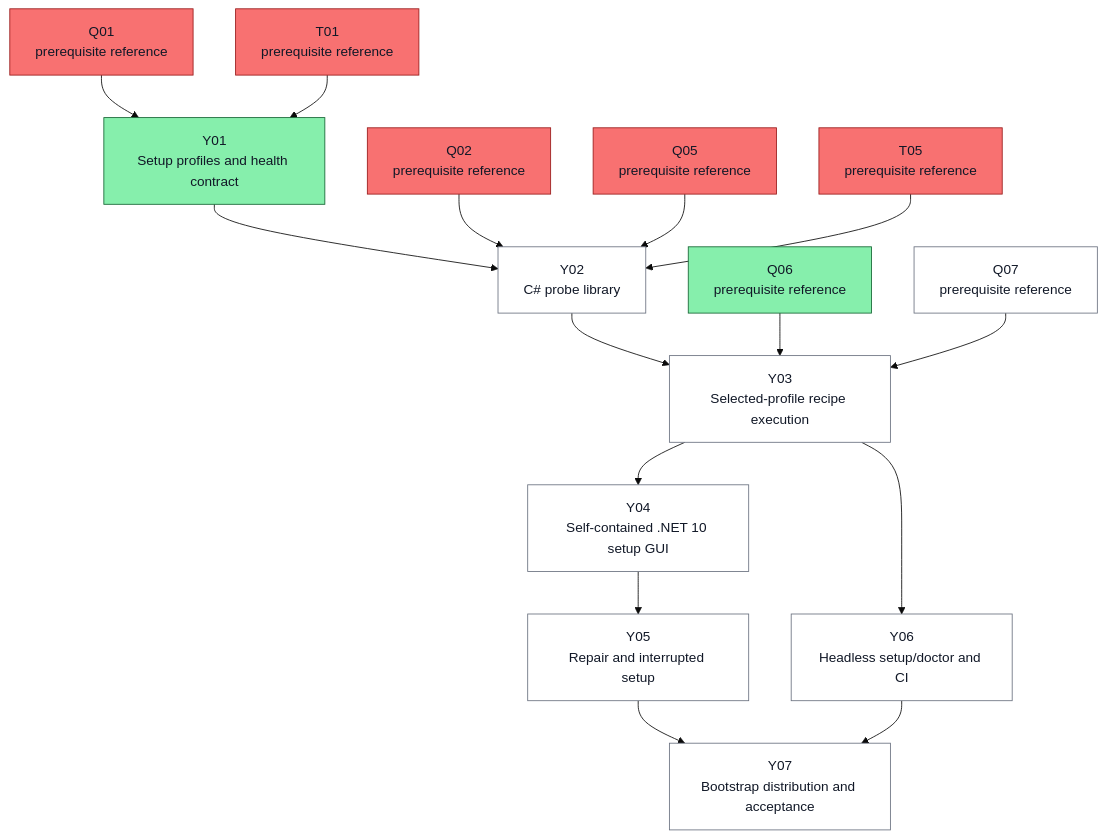
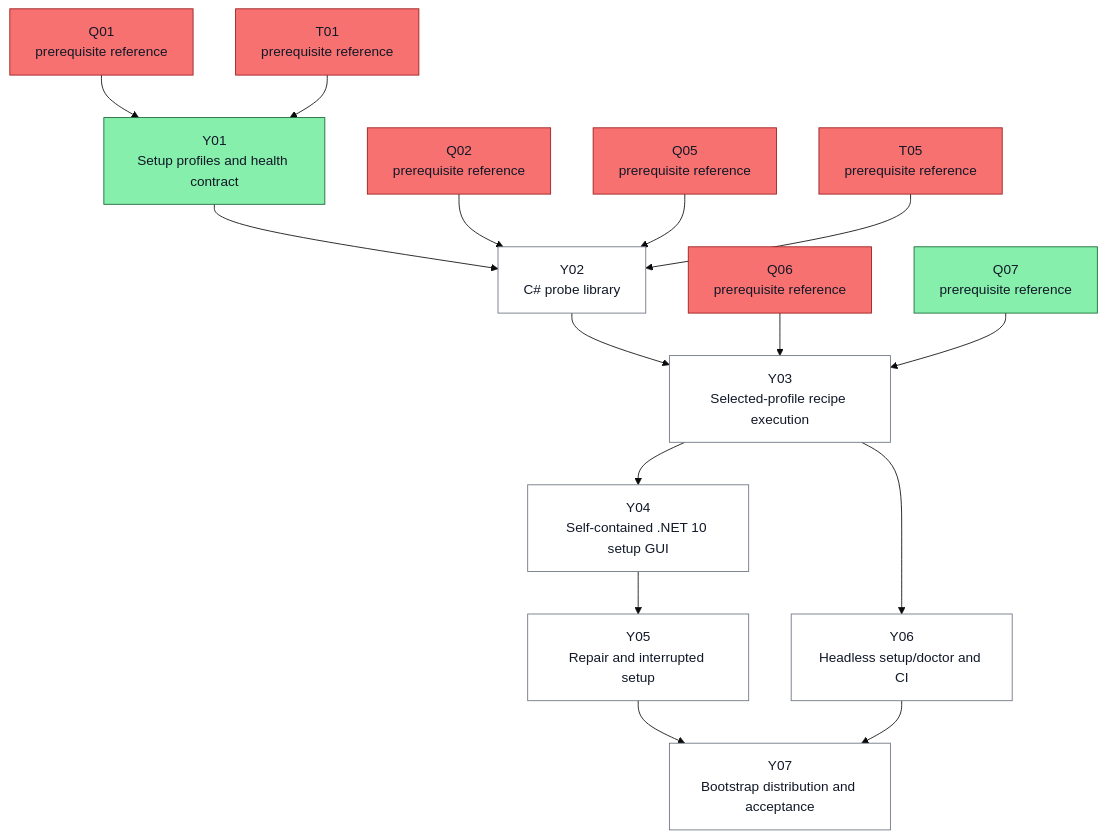
Before and after one commit to ocarizr/spaceraiders: diagram 25 of 25 in docs/task-dependencies.md, drawn with Mermaid (base theme). The commit also changed other lines of this file and 9 other files, not shown here.

````diff
--- a/docs/task-dependencies.md
+++ b/docs/task-dependencies.md
@@ -1298,34 +1299,34 @@
 ```mermaid
 flowchart TD
     ref_Y_Q01["Q01<br/>prerequisite reference"]:::done
     ref_Y_Q02["Q02<br/>prerequisite reference"]:::done
     ref_Y_Q05["Q05<br/>prerequisite reference"]:::done
-    ref_Y_Q06["Q06<br/>prerequisite reference"]:::ready
-    ref_Y_Q07["Q07<br/>prerequisite reference"]:::pending
+    ref_Y_Q06["Q06<br/>prerequisite reference"]:::done
+    ref_Y_Q07["Q07<br/>prerequisite reference"]:::ready
     ref_Y_T01["T01<br/>prerequisite reference"]:::done
     ref_Y_T05["T05<br/>prerequisite reference"]:::done
     Y01["Y01<br/>Setup profiles and health contract"]:::ready
     Y02["Y02<br/>C# probe library"]:::pending
     Y03["Y03<br/>Selected-profile recipe execution"]:::pending
     Y04["Y04<br/>Self-contained .NET 10 setup GUI"]:::pending
     Y05["Y05<br/>Repair and interrupted setup"]:::pending
     Y06["Y06<br/>Headless setup/doctor and CI"]:::pending
     Y07["Y07<br/>Bootstrap distribution and acceptance"]:::pending
     ref_Y_Q01 --> Y01
     ref_Y_T01 --> Y01
     Y01 --> Y02
     ref_Y_Q02 --> Y02
     ref_Y_Q05 --> Y02
     ref_Y_T05 --> Y02
     Y02 --> Y03
     ref_Y_Q06 --> Y03
     ref_Y_Q07 --> Y03
     Y03 --> Y04
     Y04 --> Y05
     Y03 --> Y06
     Y05 --> Y07
     Y06 --> Y07
     classDef pending fill:#ffffff,stroke:#6b7280,color:#111827
     classDef ready fill:#86efac,stroke:#166534,color:#111827
     classDef done fill:#f87171,stroke:#991b1b,color:#111827
 ```
````
